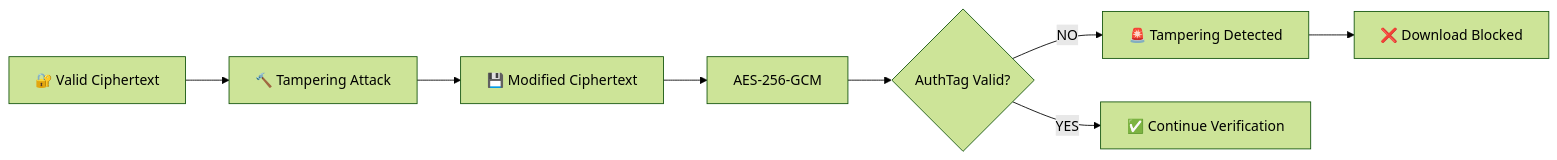
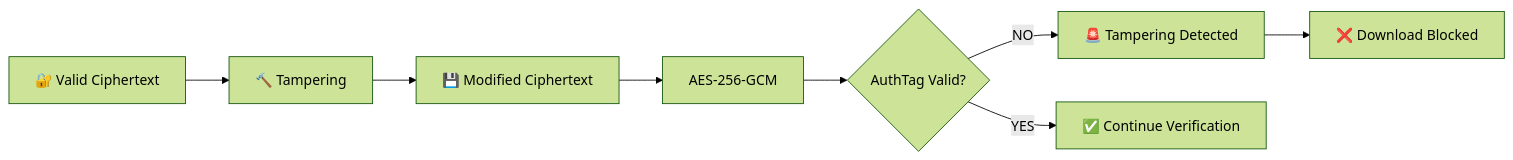
One commit to laksh76777/crypto changed the second of 3 diagrams in README.md. Above: the diagram before and after it, drawn with Mermaid (forest theme). The commit also changed other lines of this file, not shown here.

````diff
--- a/README.md
+++ b/README.md
@@ -434,16 +259,22 @@
 ```mermaid
 flowchart LR
 
     A["🔐 Valid Ciphertext"]
-    B["🔨 Tampering Attack"]
+    B["🔨 Tampering"]
     C["💾 Modified Ciphertext"]
     D["AES-256-GCM"]
     E{"AuthTag Valid?"}
     F["🚨 Tampering Detected"]
     G["❌ Download Blocked"]
     H["✅ Continue Verification"]
 
-    A --> B --> C --> D --> E
-    E -->|NO| F --> G
+    A --> B
+    B --> C
+    C --> D
+    D --> E
+
+    E -->|NO| F
+    F --> G
+
     E -->|YES| H
 ```
````
